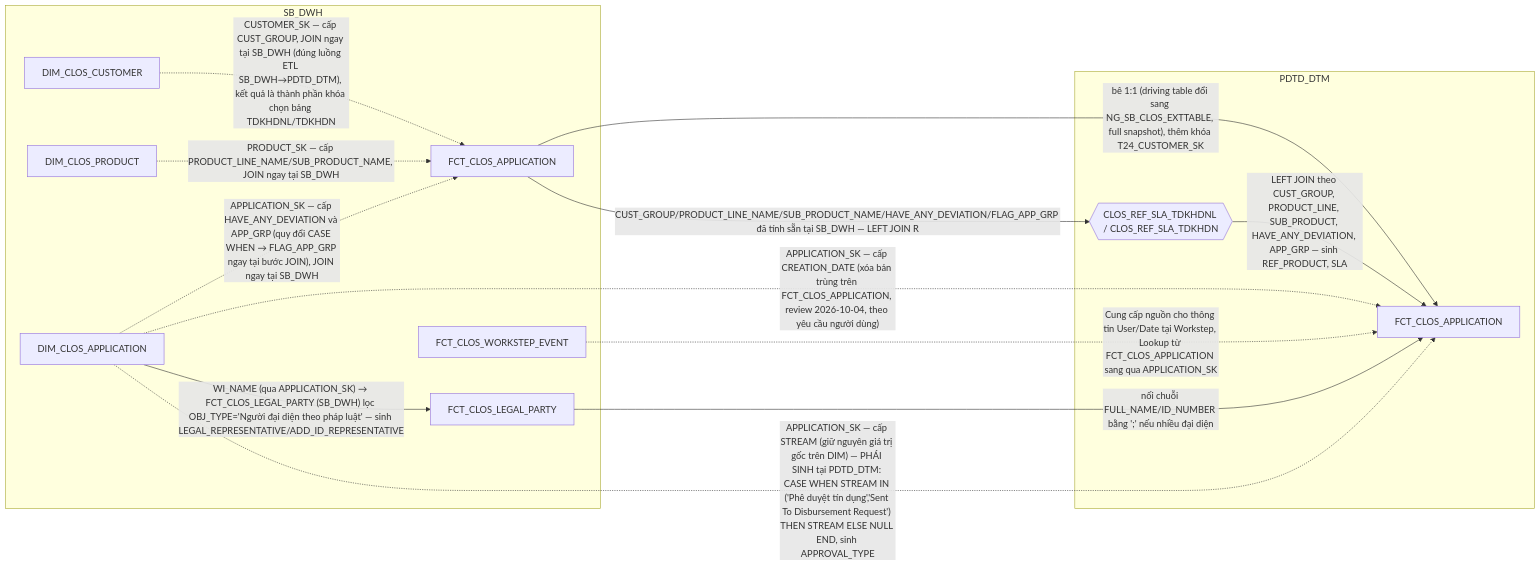
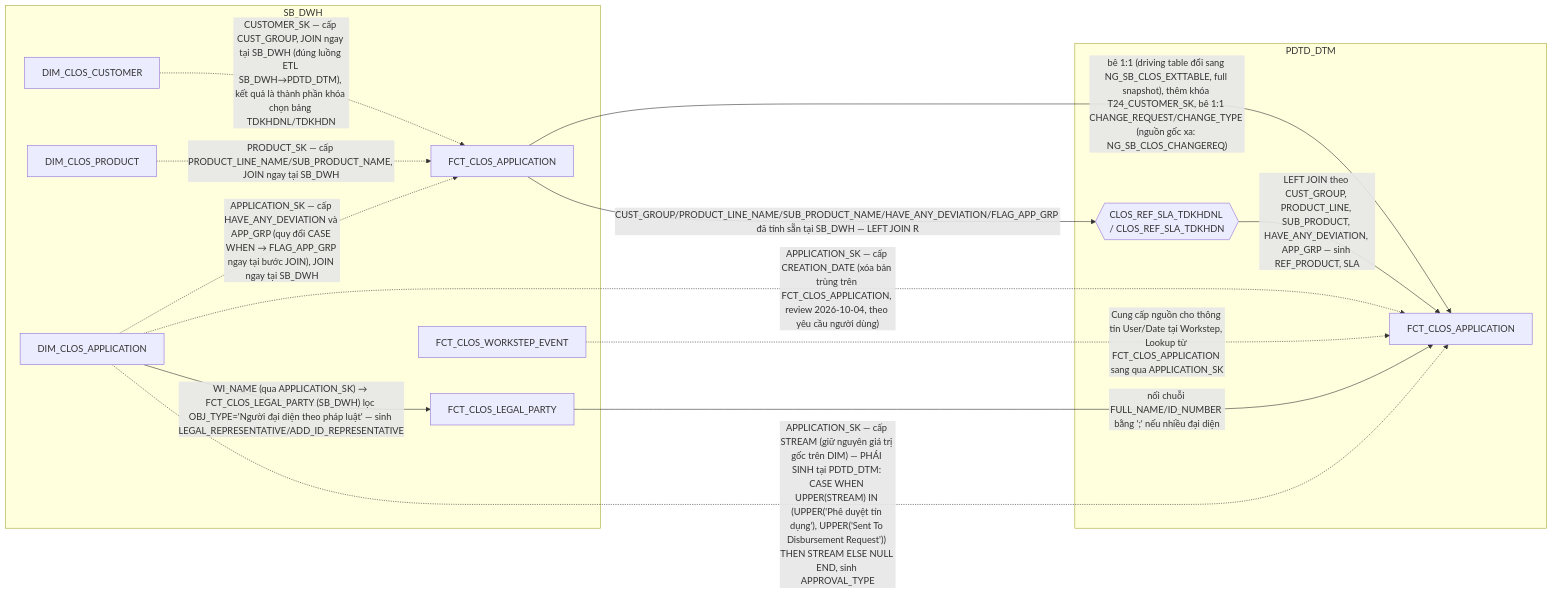
The fourth of 19 diagrams in hld/hld_review/HLD_FCT_PDTD_DTM_review.md (chien1198/sb-mapping-gen), drawn with Mermaid before and after one commit. The commit also changed other lines of this file and 36 other files, not shown here.

````diff
--- a/hld/hld_review/HLD_FCT_PDTD_DTM_review.md
+++ b/hld/hld_review/HLD_FCT_PDTD_DTM_review.md
@@ -192,26 +192,26 @@
 ```mermaid
 flowchart LR
     subgraph SB_DWH
         C["FCT_CLOS_APPLICATION"]
         SK["DIM_CLOS_CUSTOMER"]
         SH["DIM_CLOS_PRODUCT"]
         SCA["DIM_CLOS_APPLICATION"]
         SLP["FCT_CLOS_LEGAL_PARTY"]
         WE["FCT_CLOS_WORKSTEP_EVENT"]
     end
     subgraph PDTD_DTM
         R{{"CLOS_REF_SLA_TDKHDNL / CLOS_REF_SLA_TDKHDN"}}
         D["FCT_CLOS_APPLICATION"]
     end
-    C -->|"bê 1:1 (driving table đổi sang NG_SB_CLOS_EXTTABLE, full snapshot), thêm khóa T24_CUSTOMER_SK"| D
+    C -->|"bê 1:1 (driving table đổi sang NG_SB_CLOS_EXTTABLE, full snapshot), thêm khóa T24_CUSTOMER_SK, bê 1:1 CHANGE_REQUEST/CHANGE_TYPE (nguồn gốc xa: NG_SB_CLOS_CHANGEREQ)"| D
     SK -.->|"CUSTOMER_SK — cấp CUST_GROUP, JOIN ngay tại SB_DWH (đúng luồng ETL SB_DWH→PDTD_DTM), kết quả là thành phần khóa chọn bảng TDKHDNL/TDKHDN"| C
     SH -.->|"PRODUCT_SK — cấp PRODUCT_LINE_NAME/SUB_PRODUCT_NAME, JOIN ngay tại SB_DWH"| C
     SCA -.->|"APPLICATION_SK — cấp HAVE_ANY_DEVIATION và APP_GRP (quy đổi CASE WHEN → FLAG_APP_GRP ngay tại bước JOIN), JOIN ngay tại SB_DWH"| C
     SCA -.->|"APPLICATION_SK — cấp CREATION_DATE (xóa bản trùng trên FCT_CLOS_APPLICATION, review 2026-10-04, theo yêu cầu người dùng)"| D
     C -->|"CUST_GROUP/PRODUCT_LINE_NAME/SUB_PRODUCT_NAME/HAVE_ANY_DEVIATION/FLAG_APP_GRP đã tính sẵn tại SB_DWH — LEFT JOIN R"| R
     R -->|"LEFT JOIN theo CUST_GROUP, PRODUCT_LINE, SUB_PRODUCT, HAVE_ANY_DEVIATION, APP_GRP — sinh REF_PRODUCT, SLA"| D
     SCA -->|"WI_NAME (qua APPLICATION_SK) → FCT_CLOS_LEGAL_PARTY (SB_DWH) lọc OBJ_TYPE='Người đại diện theo pháp luật' — sinh LEGAL_REPRESENTATIVE/ADD_ID_REPRESENTATIVE"| SLP
     SLP -->|"nối chuỗi FULL_NAME/ID_NUMBER bằng ';' nếu nhiều đại diện"| D
-    SCA -.->|"APPLICATION_SK — cấp STREAM (giữ nguyên giá trị gốc trên DIM) — PHÁI SINH tại PDTD_DTM: CASE WHEN STREAM IN ('Phê duyệt tín dụng','Sent To Disbursement Request') THEN STREAM ELSE NULL END, sinh APPROVAL_TYPE"| D
+    SCA -.->|"APPLICATION_SK — cấp STREAM (giữ nguyên giá trị gốc trên DIM) — PHÁI SINH tại PDTD_DTM: CASE WHEN UPPER(STREAM) IN (UPPER('Phê duyệt tín dụng'), UPPER('Sent To Disbursement Request')) THEN STREAM ELSE NULL END, sinh APPROVAL_TYPE"| D
     WE -.->|"Cung cấp nguồn cho thông tin User/Date tại Workstep, Lookup từ FCT_CLOS_APPLICATION sang qua APPLICATION_SK"| D
 ```
````
